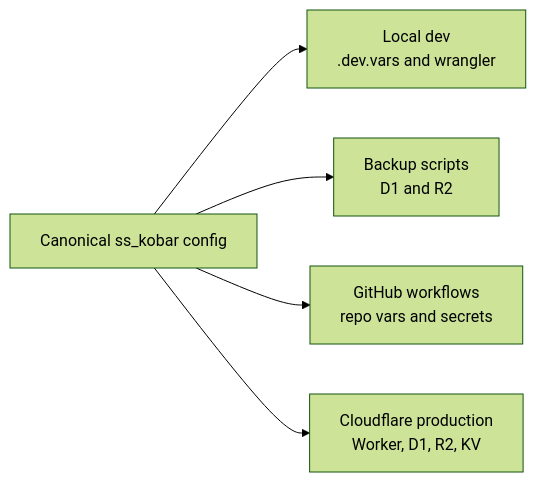
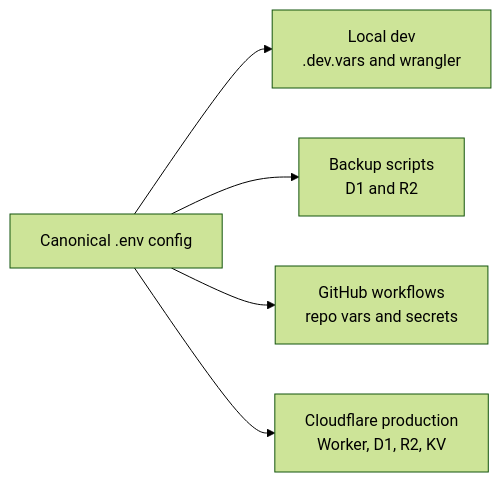
One commit to ahliweb/satusehatkobar changed the second of 2 diagrams in docs/environment-configuration.md. Above: the diagram before and after it, drawn with Mermaid (forest theme). The commit also changed other lines of this file and 12 other files, not shown here.

````diff
--- a/docs/environment-configuration.md
+++ b/docs/environment-configuration.md
@@ -50,7 +50,7 @@
 ```mermaid
 flowchart LR
-    A[Canonical ss_kobar config] --> B[Local dev\n.dev.vars and wrangler]
+    A[Canonical .env config] --> B[Local dev\n.dev.vars and wrangler]
     A --> C[Backup scripts\nD1 and R2]
     A --> D[GitHub workflows\nrepo vars and secrets]
     A --> E[Cloudflare production\nWorker, D1, R2, KV]
 ```
````
